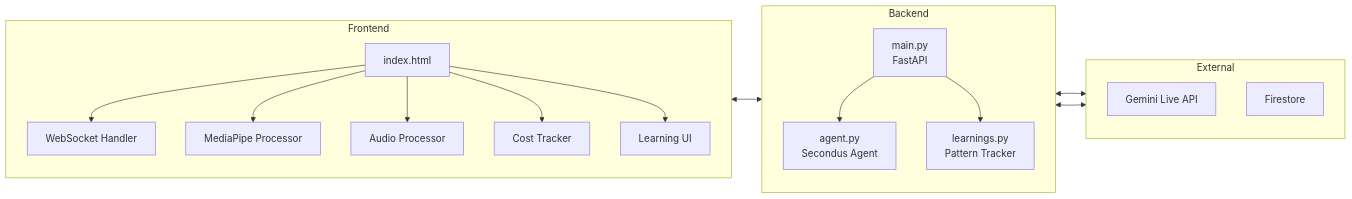
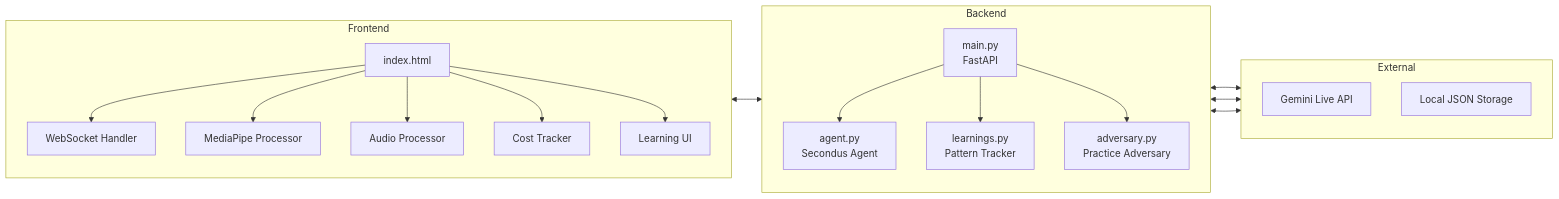
The second of 15 diagrams in AGENTS.md (mmoussaif/devpost-google), drawn with Mermaid before and after one commit. The commit also changed other lines of this file and 4 other files, not shown here.

````diff
--- a/AGENTS.md
+++ b/AGENTS.md
@@ -78,36 +78,39 @@
 ```mermaid
 flowchart LR
     subgraph Frontend
         direction TB
         A1[index.html]
         A2[WebSocket Handler]
         A3[MediaPipe Processor]
         A4[Audio Processor]
         A5[Cost Tracker]
         A6[Learning UI]
     end
 
     subgraph Backend
         direction TB
         B1[main.py<br/>FastAPI]
         B2[agent.py<br/>Secondus Agent]
         B3[learnings.py<br/>Pattern Tracker]
+        B4[adversary.py<br/>Practice Adversary]
     end
 
     subgraph External
         direction TB
         C1[Gemini Live API]
-        C2[Firestore]
+        C2[Local JSON Storage]
     end
 
     A1 --> A2
     A1 --> A3
     A1 --> A4
     A1 --> A5
     A1 --> A6
     A2 <--> B1
     B1 --> B2
     B1 --> B3
+    B1 --> B4
     B2 <--> C1
+    B4 <--> C1
     B3 <--> C2
 ```
````
